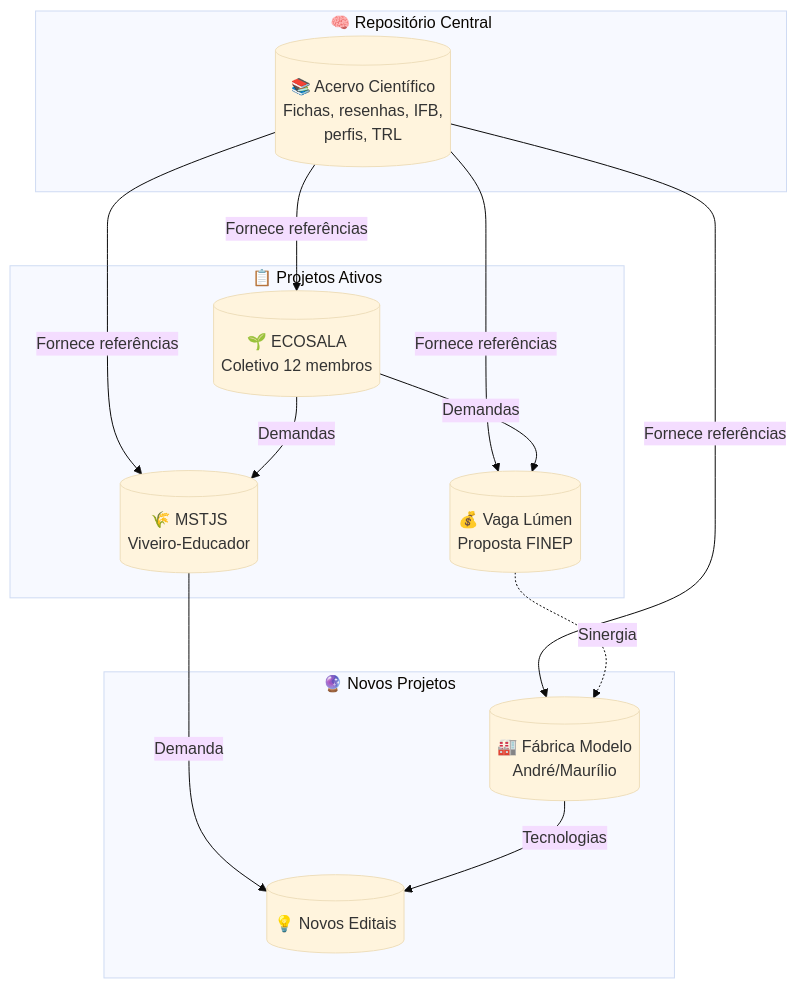
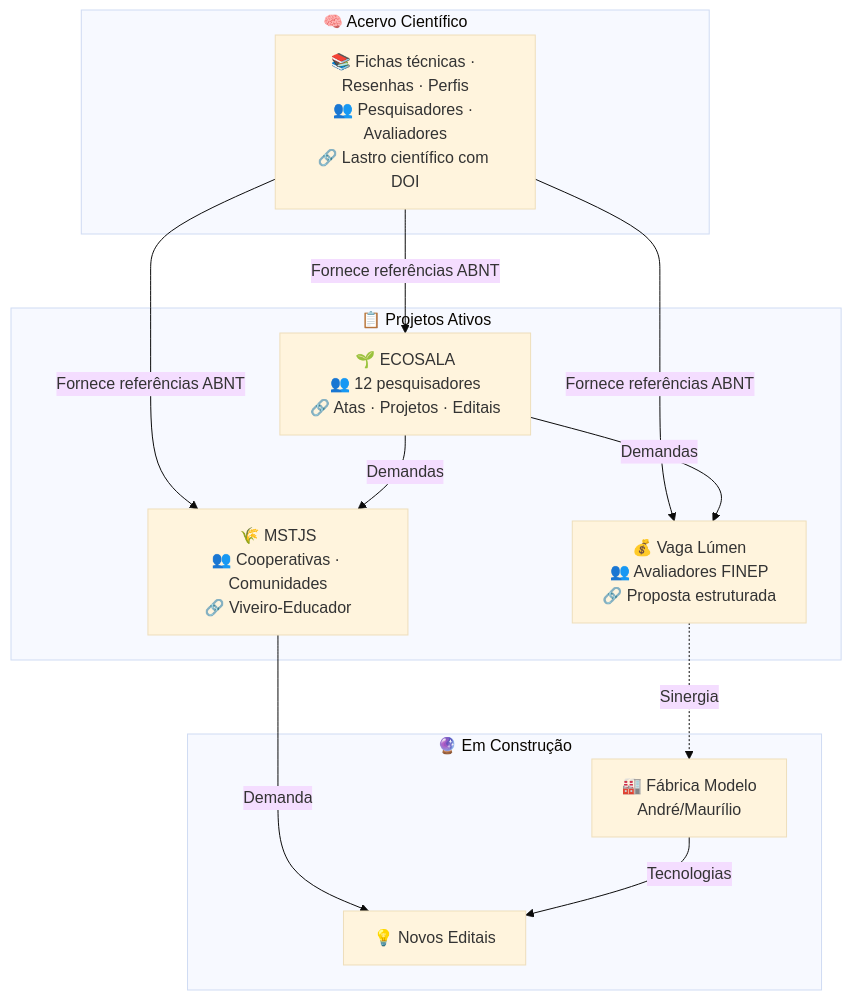
The diagram in README.md (takwaratec/Analises-e-escrita-cientifica), drawn with Mermaid (base theme) before and after one commit. The commit also changed other lines of this file, not shown here.

Commit message:
feat: nova intro Morin + 7 Licoes Bambu, aviso seletivo, Mermaid com identidade/publico/relacao

````diff
--- a/README.md
+++ b/README.md
@@ -23,24 +19,23 @@
 ```mermaid
 flowchart TB
-    subgraph Central["🧠 Repositório Central"]
-        AC[("📚 Acervo Científico<br/>Fichas, resenhas, IFB,<br/>perfis, TRL")]
+    subgraph Central["🧠 Acervo Científico"]
+        AC["📚 Fichas técnicas · Resenhas · Perfis<br/>👥 Pesquisadores · Avaliadores<br/>🔗 Lastro científico com DOI"]
     end
     subgraph Projetos["📋 Projetos Ativos"]
-        EC[("🌱 ECOSALA<br/>Coletivo 12 membros")]
-        VL[("💰 Vaga Lúmen<br/>Proposta FINEP")]
-        MJ[("🌾 MSTJS<br/>Viveiro-Educador")]
+        EC["🌱 ECOSALA<br/>👥 12 pesquisadores<br/>🔗 Atas · Projetos · Editais"]
+        VL["💰 Vaga Lúmen<br/>👥 Avaliadores FINEP<br/>🔗 Proposta estruturada"]
+        MJ["🌾 MSTJS<br/>👥 Cooperativas · Comunidades<br/>🔗 Viveiro-Educador"]
     end
-    subgraph Futuro["🔮 Novos Projetos"]
-        FM[("🏭 Fábrica Modelo<br/>André/Maurílio")]
-        NB[("💡 Novos Editais")]
+    subgraph Futuro["🔮 Em Construção"]
+        FM["🏭 Fábrica Modelo<br/>André/Maurílio"]
+        NB["💡 Novos Editais"]
     end
-    AC -->|Fornece referências| EC
-    AC -->|Fornece referências| VL
-    AC -->|Fornece referências| MJ
-    AC -->|Fornece referências| FM
-    EC -->|Demandas| VL
-    EC -->|Demandas| MJ
-    VL -.->|Sinergia| FM
-    MJ -->|Demanda| NB
-    FM -->|Tecnologias| NB
+    AC -->|"Fornece referências ABNT"| EC
+    AC -->|"Fornece referências ABNT"| VL
+    AC -->|"Fornece referências ABNT"| MJ
+    EC -->|"Demandas"| VL
+    EC -->|"Demandas"| MJ
+    VL -.->|"Sinergia"| FM
+    MJ -->|"Demanda"| NB
+    FM -->|"Tecnologias"| NB
 ```
````
